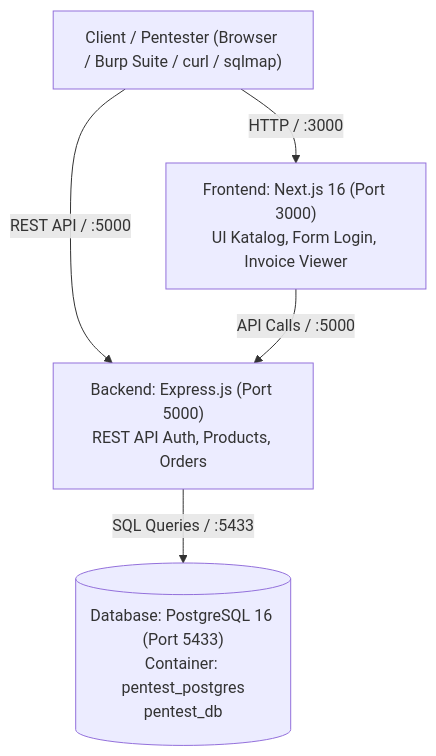
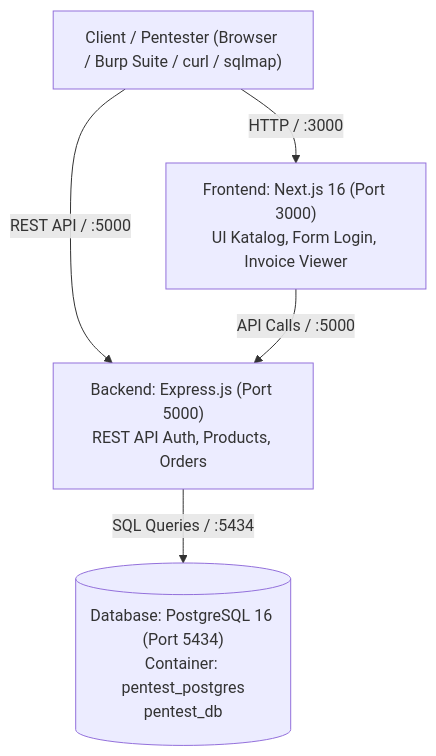
The diagram in README.md (ToriqFathoni/finpro-kemjar-17), drawn with Mermaid before and after one commit. The commit also changed other lines of this file and 4 other files, not shown here.

Commit message:
chore: change postgres host port to 5434

````diff
--- a/README.md
+++ b/README.md
@@ -18,12 +18,12 @@
 ```mermaid
 flowchart TD
     Client["Client / Pentester (Browser / Burp Suite / curl / sqlmap)"]
     FE["Frontend: Next.js 16 (Port 3000)<br/>UI Katalog, Form Login, Invoice Viewer"]
     BE["Backend: Express.js (Port 5000)<br/>REST API Auth, Products, Orders"]
-    DB[("Database: PostgreSQL 16 (Port 5433)<br/>Container: pentest_postgres<br/>pentest_db")]
+    DB[("Database: PostgreSQL 16 (Port 5434)<br/>Container: pentest_postgres<br/>pentest_db")]
 
     Client -->|HTTP / :3000| FE
     Client -->|REST API / :5000| BE
     FE -->|API Calls / :5000| BE
-    BE -->|SQL Queries / :5433| DB
+    BE -->|SQL Queries / :5434| DB
 ```
````
